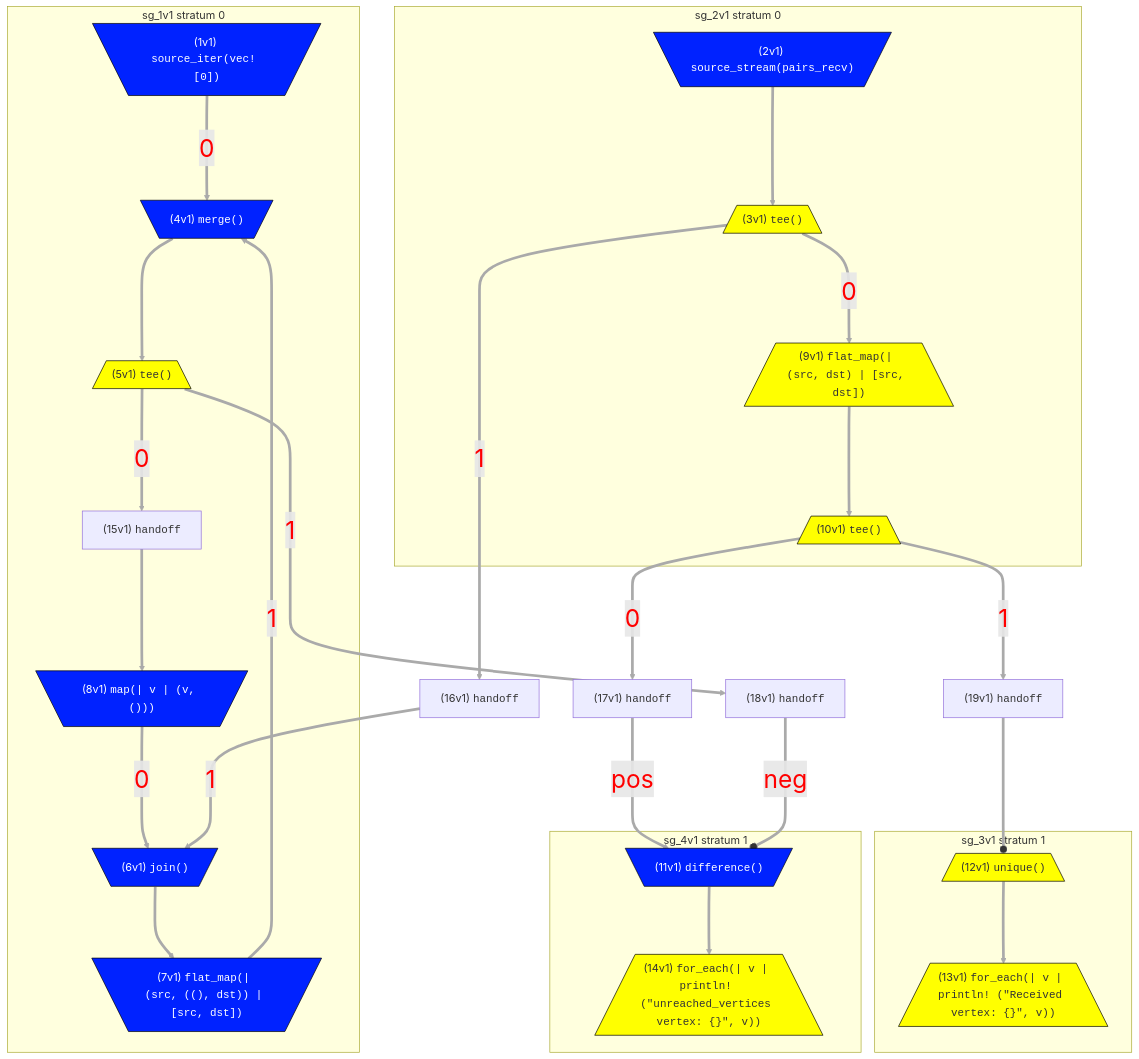
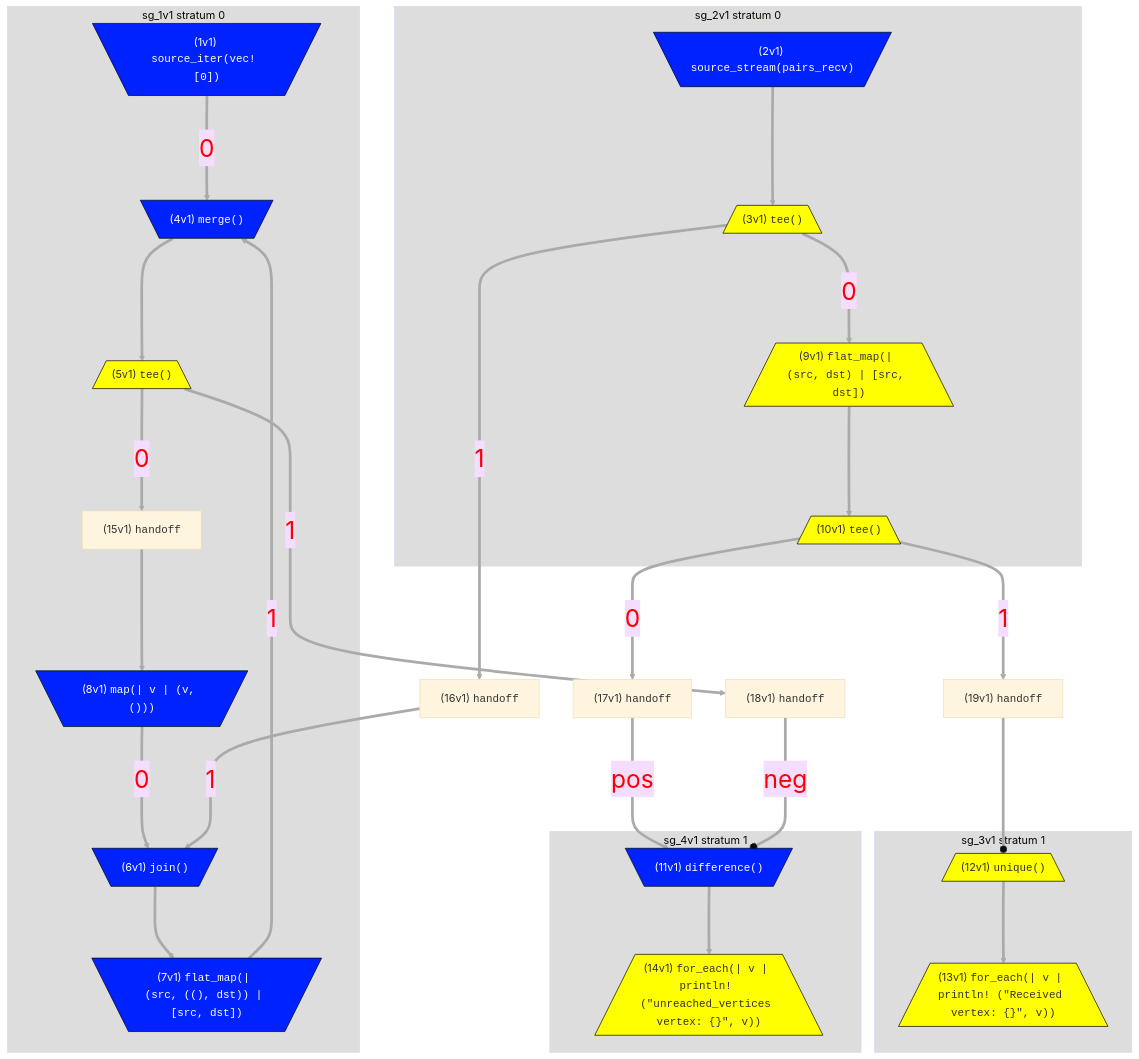
One commit to nickjiang2378/hydroflow changed the second of 2 diagrams in book/example_6_unreachability.md. Above: the diagram before and after it, drawn with Mermaid. The commit also changed 15 other files, not shown here.

````diff
--- a/book/example_6_unreachability.md
+++ b/book/example_6_unreachability.md
@@ -113,53 +113,54 @@
 ```mermaid
+%%{init: {'theme': 'base', 'themeVariables': {'clusterBkg':'#ddd'}}}%%
 flowchart TD
 classDef pullClass fill:#02f,color:#fff,stroke:#000
 classDef pushClass fill:#ff0,stroke:#000
 linkStyle default stroke:#aaa,stroke-width:4px,color:red,font-size:1.5em;
 subgraph "sg_1v1 stratum 0"
     1v1[\"(1v1) <tt>source_iter(vec! [0])</tt>"/]:::pullClass
     8v1[\"(8v1) <tt>map(| v | (v, ()))</tt>"/]:::pullClass
     6v1[\"(6v1) <tt>join()</tt>"/]:::pullClass
     7v1[\"(7v1) <tt>flat_map(| (src, ((), dst)) | [src, dst])</tt>"/]:::pullClass
     4v1[\"(4v1) <tt>merge()</tt>"/]:::pullClass
     5v1[/"(5v1) <tt>tee()</tt>"\]:::pushClass
     15v1["(15v1) <tt>handoff</tt>"]:::otherClass
     15v1--->8v1
     1v1--0--->4v1
     8v1--0--->6v1
     6v1--->7v1
     7v1--1--->4v1
     4v1--->5v1
     5v1--0--->15v1
 end
 subgraph "sg_2v1 stratum 0"
     2v1[\"(2v1) <tt>source_stream(pairs_recv)</tt>"/]:::pullClass
     3v1[/"(3v1) <tt>tee()</tt>"\]:::pushClass
     9v1[/"(9v1) <tt>flat_map(| (src, dst) | [src, dst])</tt>"\]:::pushClass
     10v1[/"(10v1) <tt>tee()</tt>"\]:::pushClass
     2v1--->3v1
     3v1--0--->9v1
     9v1--->10v1
 end
 subgraph "sg_3v1 stratum 1"
     12v1[/"(12v1) <tt>unique()</tt>"\]:::pushClass
     13v1[/"(13v1) <tt>for_each(| v | println! (&quot;Received vertex: {}&quot;, v))</tt>"\]:::pushClass
     12v1--->13v1
 end
 subgraph "sg_4v1 stratum 1"
     11v1[\"(11v1) <tt>difference()</tt>"/]:::pullClass
     14v1[/"(14v1) <tt>for_each(| v | println! (&quot;unreached_vertices vertex: {}&quot;, v))</tt>"\]:::pushClass
     11v1--->14v1
 end
 3v1--1--->16v1
 5v1--1--->18v1
 10v1--0--->17v1
 10v1--1--->19v1
 16v1["(16v1) <tt>handoff</tt>"]:::otherClass
 16v1--1--->6v1
 17v1["(17v1) <tt>handoff</tt>"]:::otherClass
 17v1--pos--->11v1
 18v1["(18v1) <tt>handoff</tt>"]:::otherClass
 18v1==neg===o11v1
 19v1["(19v1) <tt>handoff</tt>"]:::otherClass
 19v1===o12v1
 ```
````
